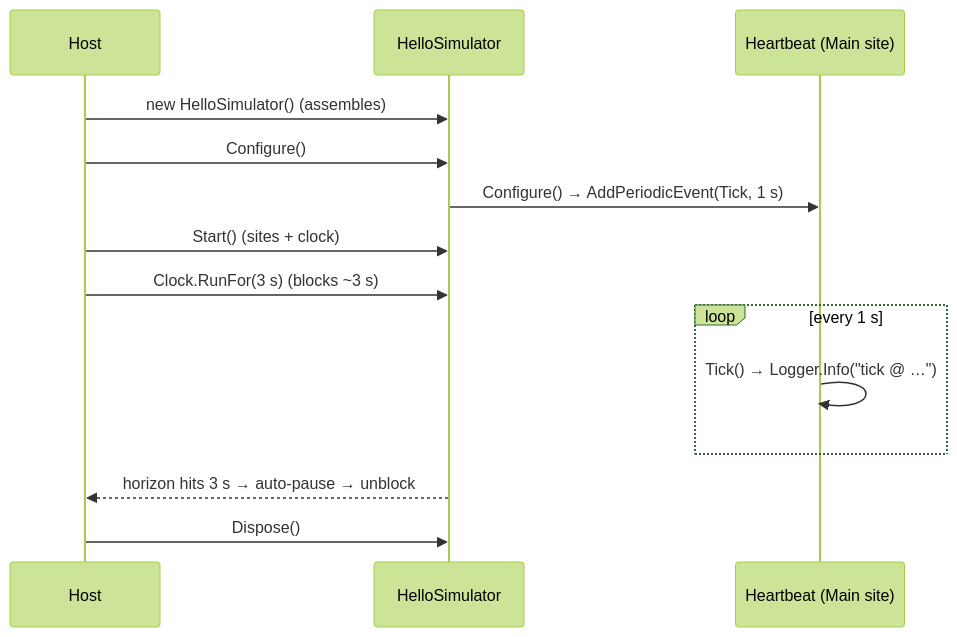
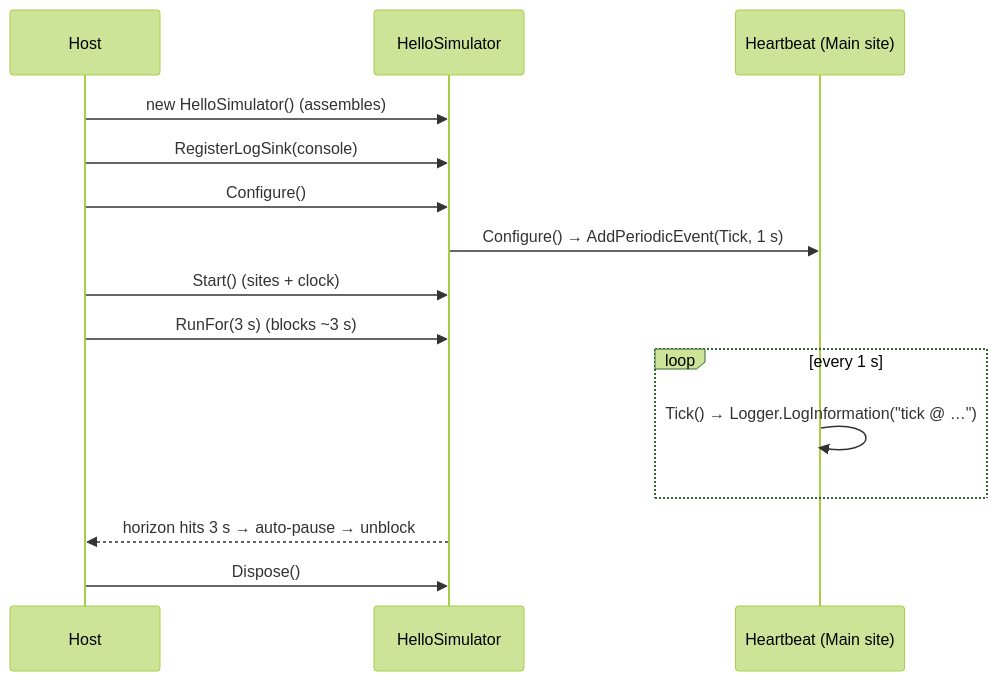
The second of 2 diagrams in public/content/scenario-hello-sim.md (SimulaSharp-org/simulasharp-docs), drawn with Mermaid (forest theme) before and after one commit. The commit also changed other lines of this file and 4 other files, not shown here.

````diff
--- a/public/content/scenario-hello-sim.md
+++ b/public/content/scenario-hello-sim.md
@@ -110,16 +131,17 @@
 ```mermaid
 sequenceDiagram
   participant H as Host
   participant Sim as HelloSimulator
   participant M as Heartbeat (Main site)
   H->>Sim: new HelloSimulator()  (assembles)
+  H->>Sim: RegisterLogSink(console)
   H->>Sim: Configure()
   Sim->>M: Configure() → AddPeriodicEvent(Tick, 1 s)
   H->>Sim: Start() (sites + clock)
-  H->>Sim: Clock.RunFor(3 s)  (blocks ~3 s)
+  H->>Sim: RunFor(3 s)  (blocks ~3 s)
   loop every 1 s
-    M->>M: Tick() → Logger.Info("tick @ …")
+    M->>M: Tick() → Logger.LogInformation("tick @ …")
   end
   Sim-->>H: horizon hits 3 s → auto-pause → unblock
   H->>Sim: Dispose()
 ```
````
